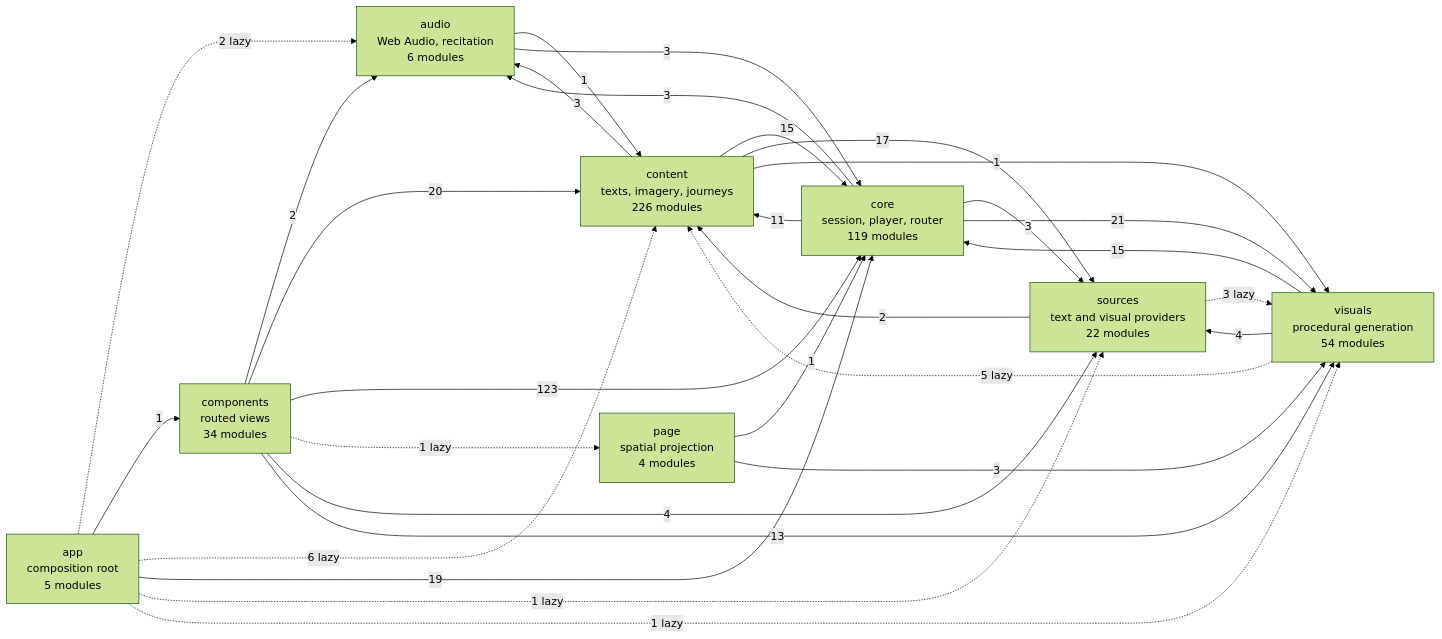
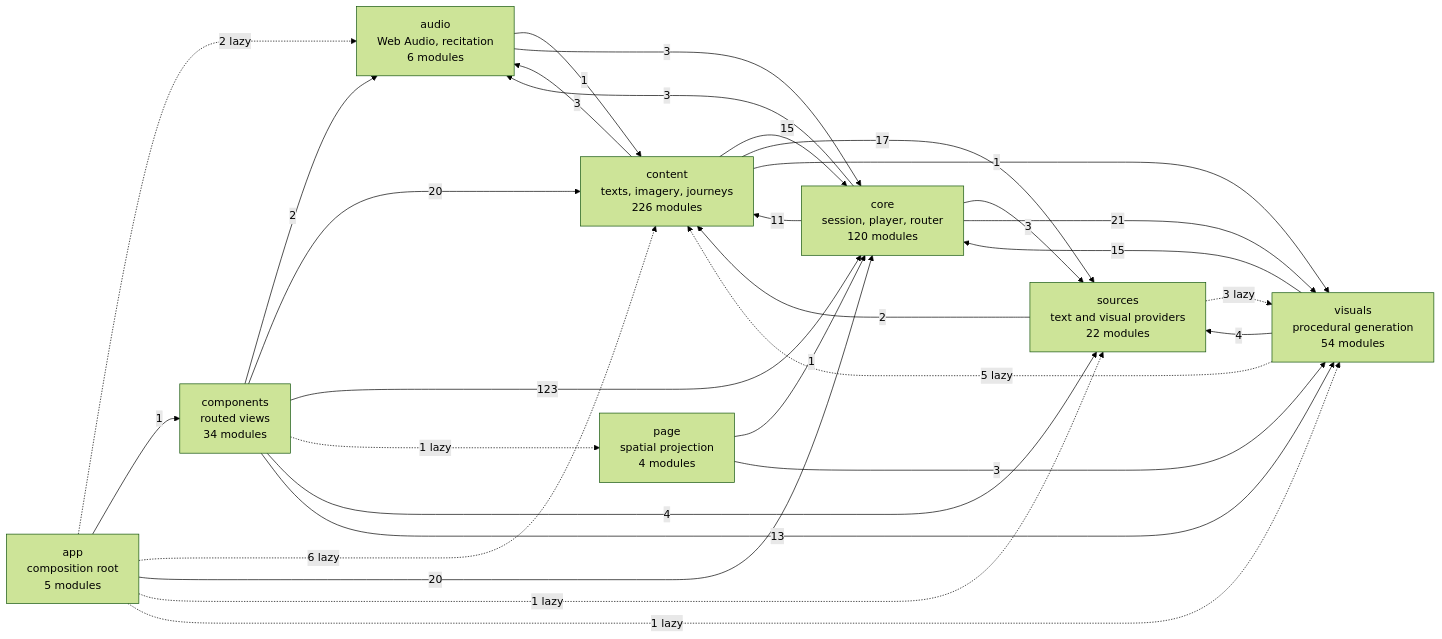
The diagram in docs/specs/ARCHITECTURE.md (SyberLabs/RISE), drawn with Mermaid (forest theme) before and after one commit. The commit also changed 3 other files, not shown here.

````diff
--- a/docs/specs/ARCHITECTURE.md
+++ b/docs/specs/ARCHITECTURE.md
@@ -149,41 +149,41 @@
 ```mermaid
 flowchart LR
     app["app<br/>composition root<br/>5 modules"]
     audio["audio<br/>Web Audio, recitation<br/>6 modules"]
     components["components<br/>routed views<br/>34 modules"]
     content["content<br/>texts, imagery, journeys<br/>226 modules"]
-    core["core<br/>session, player, router<br/>119 modules"]
+    core["core<br/>session, player, router<br/>120 modules"]
     page["page<br/>spatial projection<br/>4 modules"]
     sources["sources<br/>text and visual providers<br/>22 modules"]
     visuals["visuals<br/>procedural generation<br/>54 modules"]
 
     app -.-> |2 lazy| audio
     app --> |1| components
     app -.-> |6 lazy| content
-    app --> |19| core
+    app --> |20| core
     app -.-> |1 lazy| sources
     app -.-> |1 lazy| visuals
     audio --> |1| content
     audio --> |3| core
     components --> |2| audio
     components --> |20| content
     components --> |123| core
     components -.-> |1 lazy| page
     components --> |4| sources
     components --> |13| visuals
     content --> |3| audio
     content --> |15| core
     content --> |17| sources
     content --> |1| visuals
     core --> |3| audio
     core --> |11| content
     core --> |3| sources
     core --> |21| visuals
     page --> |1| core
     page --> |3| visuals
     sources --> |2| content
     sources -.-> |3 lazy| visuals
     visuals -.-> |5 lazy| content
     visuals --> |15| core
     visuals --> |4| sources
 ```
````
